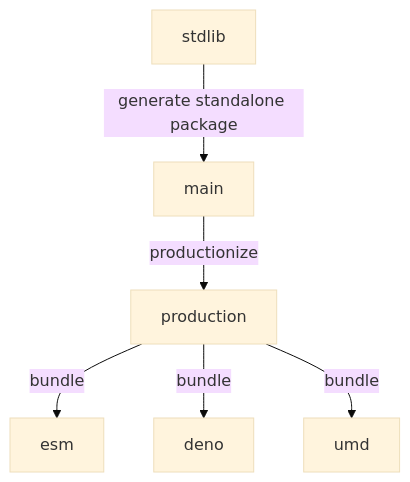
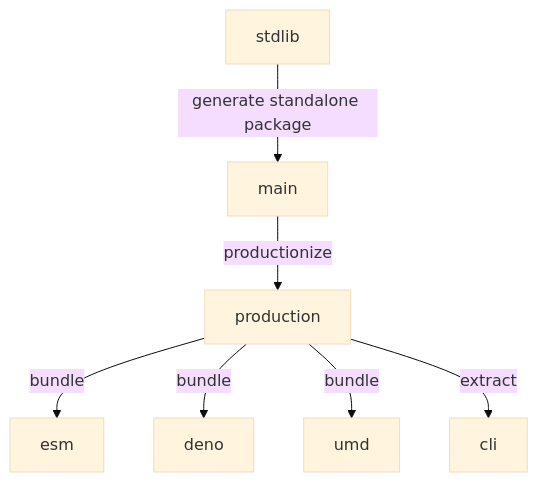
Before and after one commit to stdlib-js/datasets-harrison-boston-house-prices-corrected: the diagram in branches.md, drawn with Mermaid (base theme). The commit also changed other lines of this file and 8 other files, not shown here.

````diff
--- a/branches.md
+++ b/branches.md
@@ -33,15 +34,17 @@
 ```mermaid
 graph TD;
 A[stdlib]-->|generate standalone package|B;
 B[main] -->|productionize| C[production];
 C -->|bundle| D[esm];
 C -->|bundle| E[deno];
 C -->|bundle| F[umd];
+C -->|extract| G[cli];
 
-click A href "https://github.com/stdlib-js/stdlib/tree/develop/lib/node_modules/%40stdlib/datasets/harrison-boston-house-prices-corrected"
-click B href "https://github.com/stdlib-js/datasets-harrison-boston-house-prices-corrected/tree/main"
-click C href "https://github.com/stdlib-js/datasets-harrison-boston-house-prices-corrected/tree/production"
-click D href "https://github.com/stdlib-js/datasets-harrison-boston-house-prices-corrected/tree/esm"
-click E href "https://github.com/stdlib-js/datasets-harrison-boston-house-prices-corrected/tree/deno"
-click F href "https://github.com/stdlib-js/datasets-harrison-boston-house-prices-corrected/tree/umd"
+%% click A href "https://github.com/stdlib-js/stdlib/tree/develop/lib/node_modules/%40stdlib/datasets/harrison-boston-house-prices-corrected"
+%% click B href "https://github.com/stdlib-js/datasets-harrison-boston-house-prices-corrected/tree/main"
+%% click C href "https://github.com/stdlib-js/datasets-harrison-boston-house-prices-corrected/tree/production"
+%% click D href "https://github.com/stdlib-js/datasets-harrison-boston-house-prices-corrected/tree/esm"
+%% click E href "https://github.com/stdlib-js/datasets-harrison-boston-house-prices-corrected/tree/deno"
+%% click F href "https://github.com/stdlib-js/datasets-harrison-boston-house-prices-corrected/tree/umd"
+%% click G href "https://github.com/stdlib-js/datasets-harrison-boston-house-prices-corrected/tree/cli"
 ```
````
